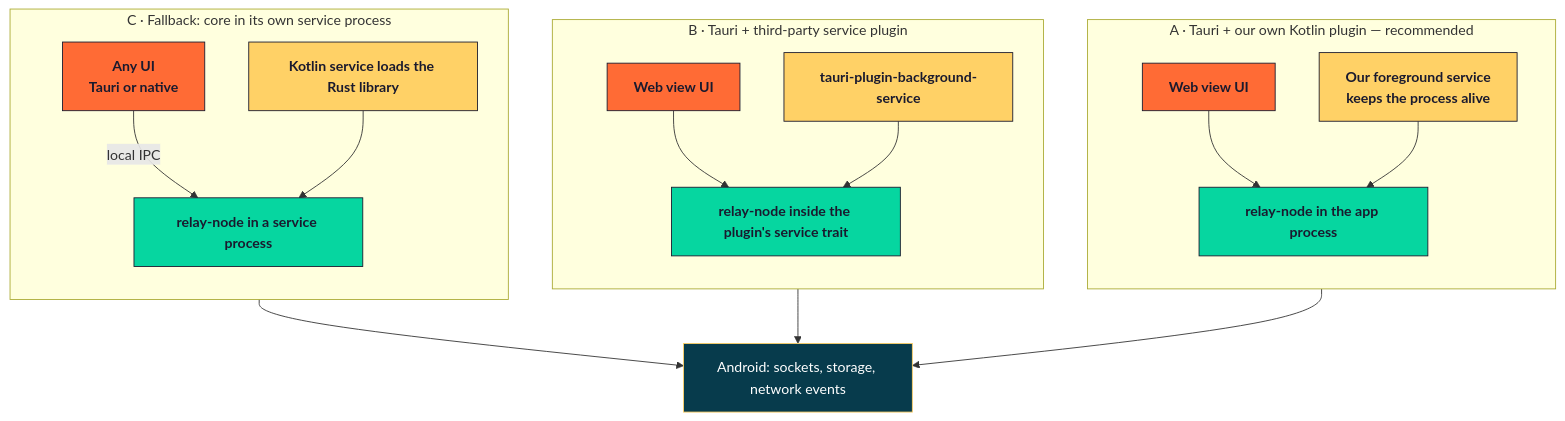
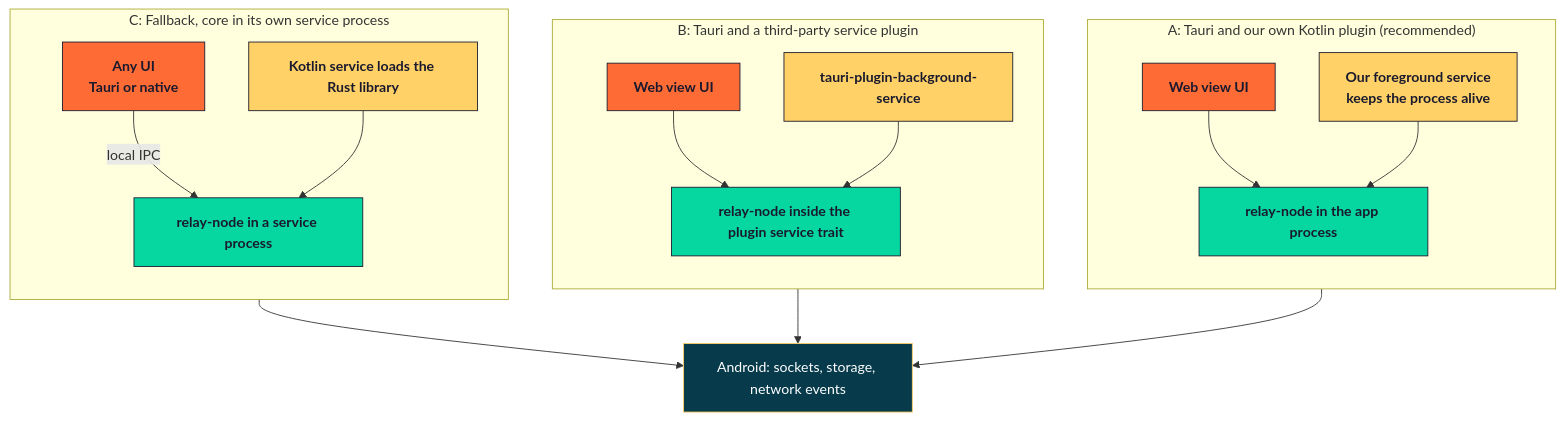
Before and after one commit to ShagnikPal123/Networking-Project: the second of 3 diagrams in docs/design/07-android.md, drawn with Mermaid. The commit also changed other lines of this file, not shown here.

Commit message:
Use conservative Mermaid syntax in the Android spike diagrams
Claude-Session: https://claude.ai/code/session_01T1n3gNAF4RxRQw53jaP9Ma

````diff
--- a/docs/design/07-android.md
+++ b/docs/design/07-android.md
@@ -146,24 +146,26 @@
 ```mermaid
 flowchart TB
     classDef ui fill:#FF6B35,stroke:#1A1A2E,color:#1A1A2E,font-weight:bold
     classDef svc fill:#FFD166,stroke:#1A1A2E,color:#1A1A2E,font-weight:bold
     classDef core fill:#06D6A0,stroke:#1A1A2E,color:#1A1A2E,font-weight:bold
     classDef os fill:#073B4C,stroke:#FFD166,color:#FFFFFF
 
-    subgraph A[A · Tauri + our own Kotlin plugin — recommended]
+    subgraph A["A: Tauri and our own Kotlin plugin (recommended)"]
         direction TB
         A1[Web view UI]:::ui --> A2[relay-node in the app process]:::core
         A3[Our foreground service<br/>keeps the process alive]:::svc --> A2
     end
-    subgraph B[B · Tauri + third-party service plugin]
+    subgraph B["B: Tauri and a third-party service plugin"]
         direction TB
-        B1[Web view UI]:::ui --> B2[relay-node inside the plugin's service trait]:::core
+        B1[Web view UI]:::ui --> B2["relay-node inside the plugin service trait"]:::core
         B3[tauri-plugin-background-service]:::svc --> B2
     end
-    subgraph C[C · Fallback: core in its own service process]
+    subgraph C["C: Fallback, core in its own service process"]
         direction TB
-        C1[Any UI<br/>Tauri or native]:::ui -- local IPC --> C2[relay-node in a service process]:::core
+        C1[Any UI<br/>Tauri or native]:::ui -->|local IPC| C2[relay-node in a service process]:::core
         C3[Kotlin service loads the Rust library]:::svc --> C2
     end
-    A2 & B2 & C2 --> OS[Android: sockets, storage, network events]:::os
+    A2 --> OS["Android: sockets, storage, network events"]:::os
+    B2 --> OS
+    C2 --> OS
 ```
````
